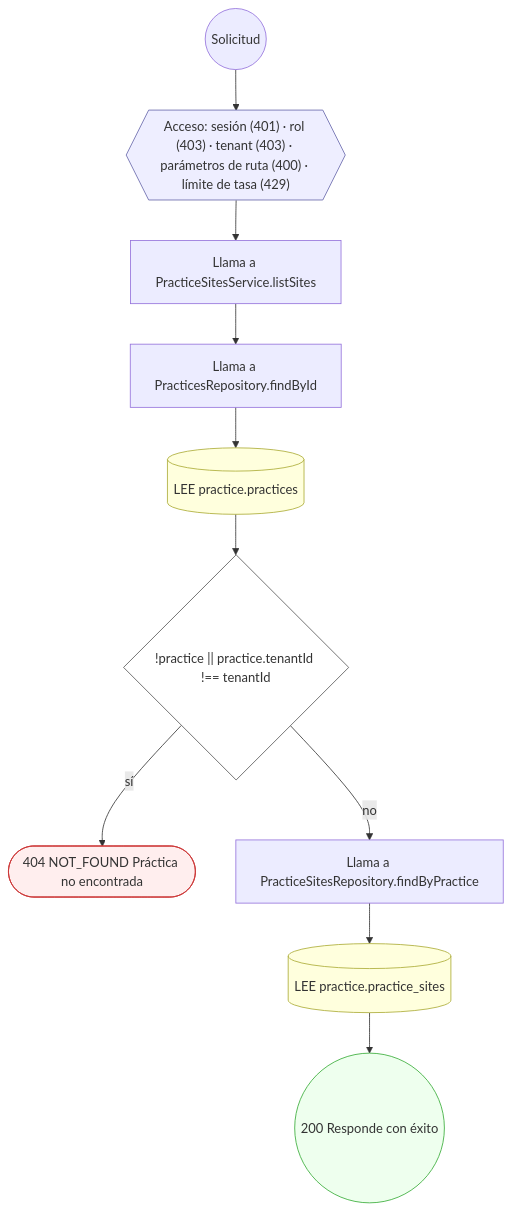
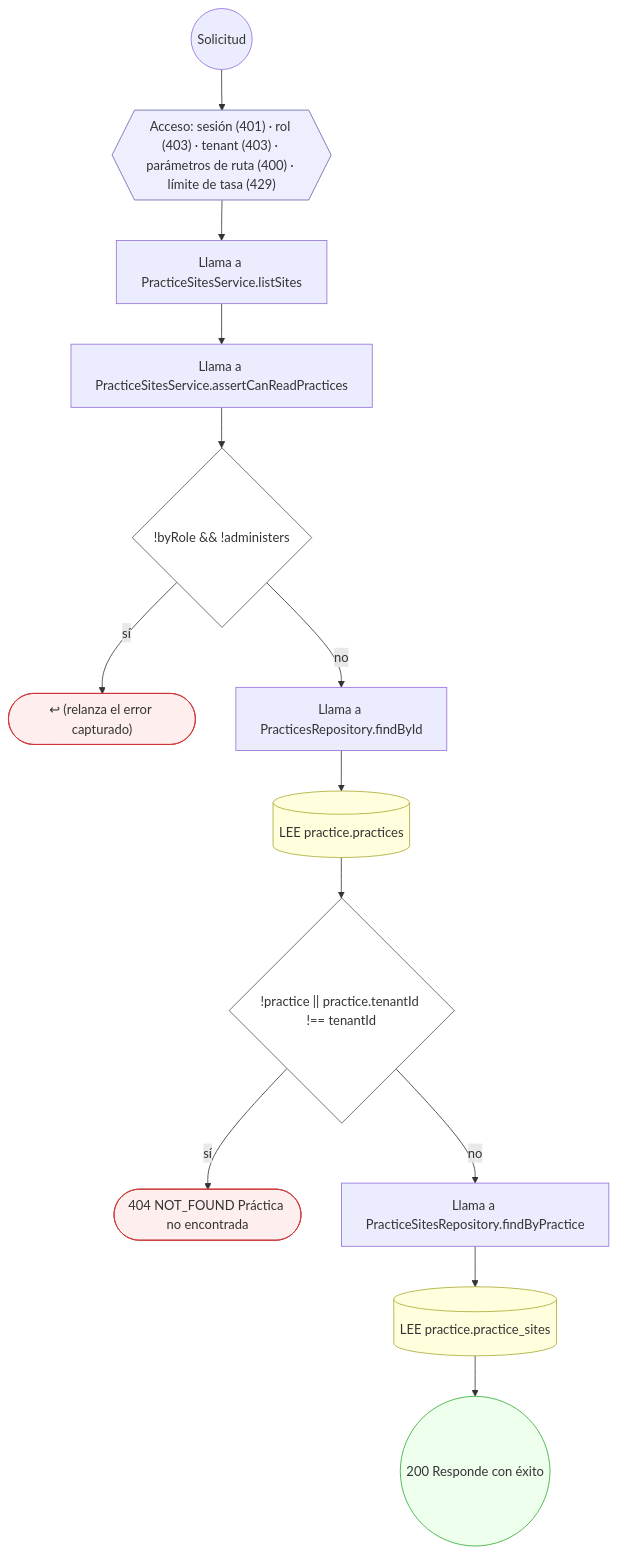
Diagram 17 of 38 in docs/inventario/flujos/practice.md (mdavila-2001/mantra-core-health-api), drawn with Mermaid before and after one commit. The commit also changed other lines of this file and 205 other files, not shown here.

````diff
--- a/docs/inventario/flujos/practice.md
+++ b/docs/inventario/flujos/practice.md
@@ -1234,28 +1294,34 @@
 ```mermaid
 flowchart TD
   n1(("Solicitud")):::inicio
   n2{{"Acceso: sesión (401) · rol (403) · tenant (403) · parámetros de ruta (400) · límite de tasa (429)"}}:::acceso
   n1 --> n2
   n3["Llama a PracticeSitesService.listSites"]:::llamada
   n2 --> n3
-  n4["Llama a PracticesRepository.findById"]:::llamada
+  n4["Llama a PracticeSitesService.assertCanReadPractices"]:::llamada
   n3 --> n4
-  n5[("LEE practice.practices")]:::efecto
+  n5{"!byRole && !administers"}:::decision
   n4 --> n5
-  n6{"!practice || practice.tenantId !== tenantId"}:::decision
-  n5 --> n6
-  n7(["404 NOT_FOUND Práctica no encontrada"]):::error
-  n6 -->|"sí"| n7
-  n8["Llama a PracticeSitesRepository.findByPractice"]:::llamada
-  n6 -->|"no"| n8
-  n9[("LEE practice.practice_sites")]:::efecto
+  n6(["↩ (relanza el error capturado)"]):::error
+  n5 -->|"sí"| n6
+  n7["Llama a PracticesRepository.findById"]:::llamada
+  n5 -->|"no"| n7
+  n8[("LEE practice.practices")]:::efecto
+  n7 --> n8
+  n9{"!practice || practice.tenantId !== tenantId"}:::decision
   n8 --> n9
-  n10(("200 Responde con éxito")):::ok
-  n9 --> n10
+  n10(["404 NOT_FOUND Práctica no encontrada"]):::error
+  n9 -->|"sí"| n10
+  n11["Llama a PracticeSitesRepository.findByPractice"]:::llamada
+  n9 -->|"no"| n11
+  n12[("LEE practice.practice_sites")]:::efecto
+  n11 --> n12
+  n13(("200 Responde con éxito")):::ok
+  n12 --> n13
   classDef acceso fill:#eef,stroke:#66a
   classDef error fill:#fee,stroke:#c33
   classDef ok fill:#efe,stroke:#3a3
   classDef efecto fill:#ffd,stroke:#aa3
   classDef decision fill:#fff,stroke:#555
   classDef corte fill:#eee,stroke:#999,stroke-dasharray: 4
 ```
````
